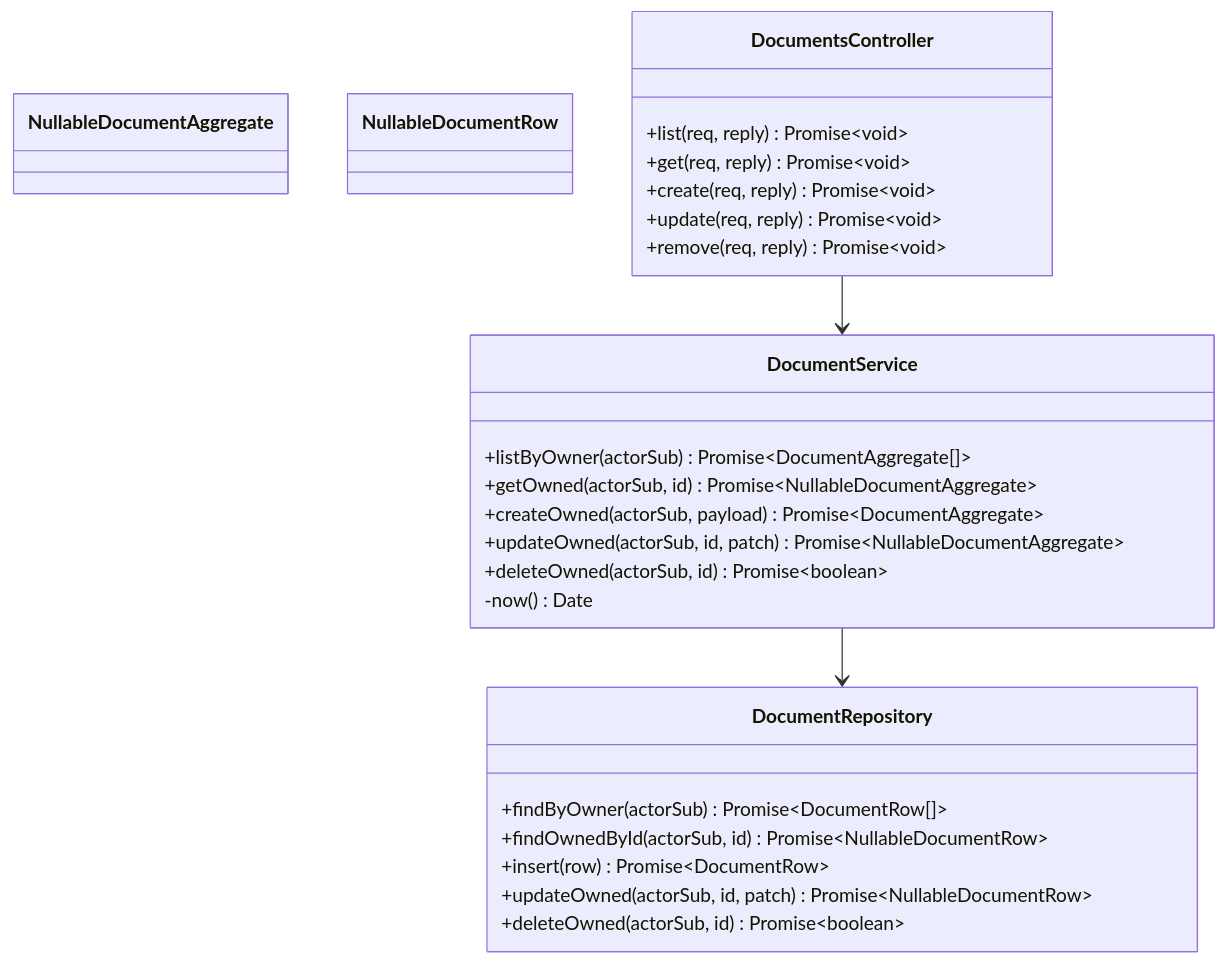
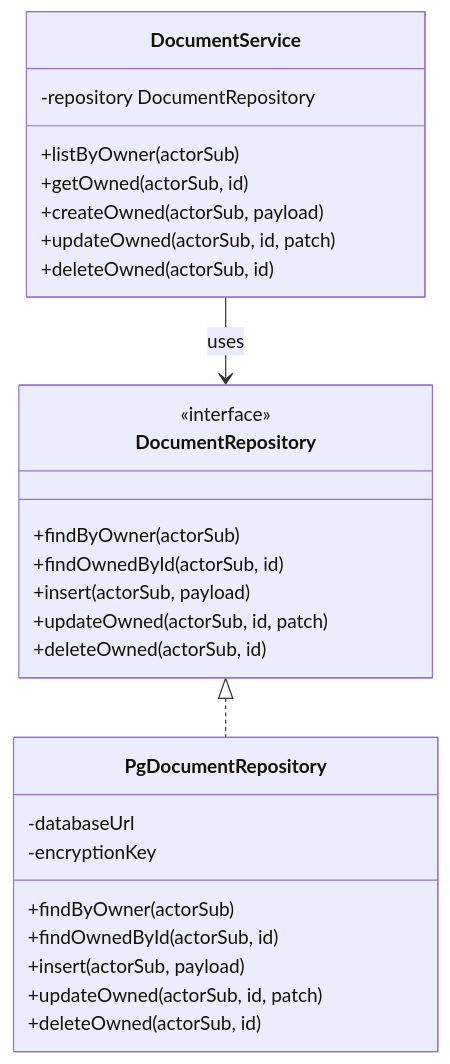
One commit to TommyKolb/GlossaDocs changed the second of 2 diagrams in docs/architecture/modules/document-module.md. Above: the diagram before and after it, drawn with Mermaid. The commit also changed other lines of this file and 10 other files, not shown here.

````diff
--- a/docs/architecture/modules/document-module.md
+++ b/docs/architecture/modules/document-module.md
@@ -74,29 +131,30 @@
 ```mermaid
 classDiagram
-  class NullableDocumentAggregate
-  class NullableDocumentRow
-  class DocumentsController {
-    +list(req, reply) Promise~void~
-    +get(req, reply) Promise~void~
-    +create(req, reply) Promise~void~
-    +update(req, reply) Promise~void~
-    +remove(req, reply) Promise~void~
+  class DocumentRepository {
+    <<interface>>
+    +findByOwner(actorSub)
+    +findOwnedById(actorSub, id)
+    +insert(actorSub, payload)
+    +updateOwned(actorSub, id, patch)
+    +deleteOwned(actorSub, id)
+  }
+  class PgDocumentRepository {
+    -databaseUrl
+    -encryptionKey
+    +findByOwner(actorSub)
+    +findOwnedById(actorSub, id)
+    +insert(actorSub, payload)
+    +updateOwned(actorSub, id, patch)
+    +deleteOwned(actorSub, id)
   }
   class DocumentService {
-    +listByOwner(actorSub) Promise~DocumentAggregate[]~
-    +getOwned(actorSub, id) Promise~NullableDocumentAggregate~
-    +createOwned(actorSub, payload) Promise~DocumentAggregate~
-    +updateOwned(actorSub, id, patch) Promise~NullableDocumentAggregate~
-    +deleteOwned(actorSub, id) Promise~boolean~
-    -now() Date
+    -repository DocumentRepository
+    +listByOwner(actorSub)
+    +getOwned(actorSub, id)
+    +createOwned(actorSub, payload)
+    +updateOwned(actorSub, id, patch)
+    +deleteOwned(actorSub, id)
   }
-  class DocumentRepository {
-    +findByOwner(actorSub) Promise~DocumentRow[]~
-    +findOwnedById(actorSub, id) Promise~NullableDocumentRow~
-    +insert(row) Promise~DocumentRow~
-    +updateOwned(actorSub, id, patch) Promise~NullableDocumentRow~
-    +deleteOwned(actorSub, id) Promise~boolean~
-  }
-  DocumentsController --> DocumentService
-  DocumentService --> DocumentRepository
+  DocumentRepository <|.. PgDocumentRepository
+  DocumentService --> DocumentRepository : uses
 ```
````
